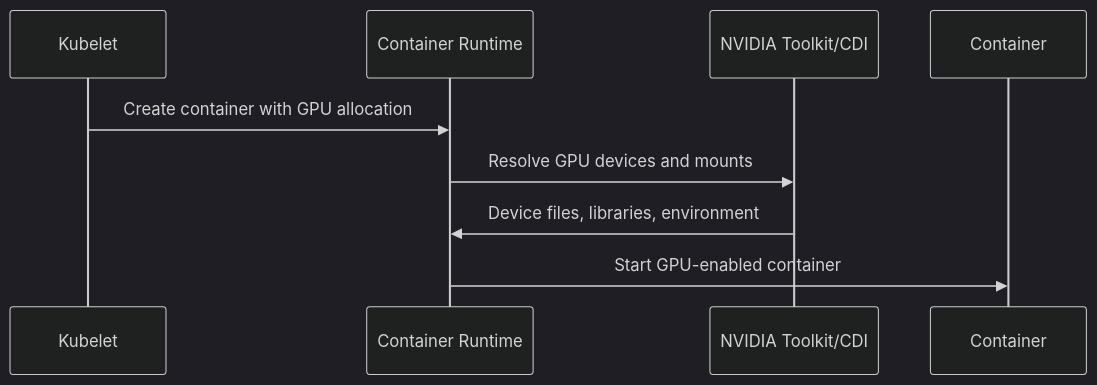
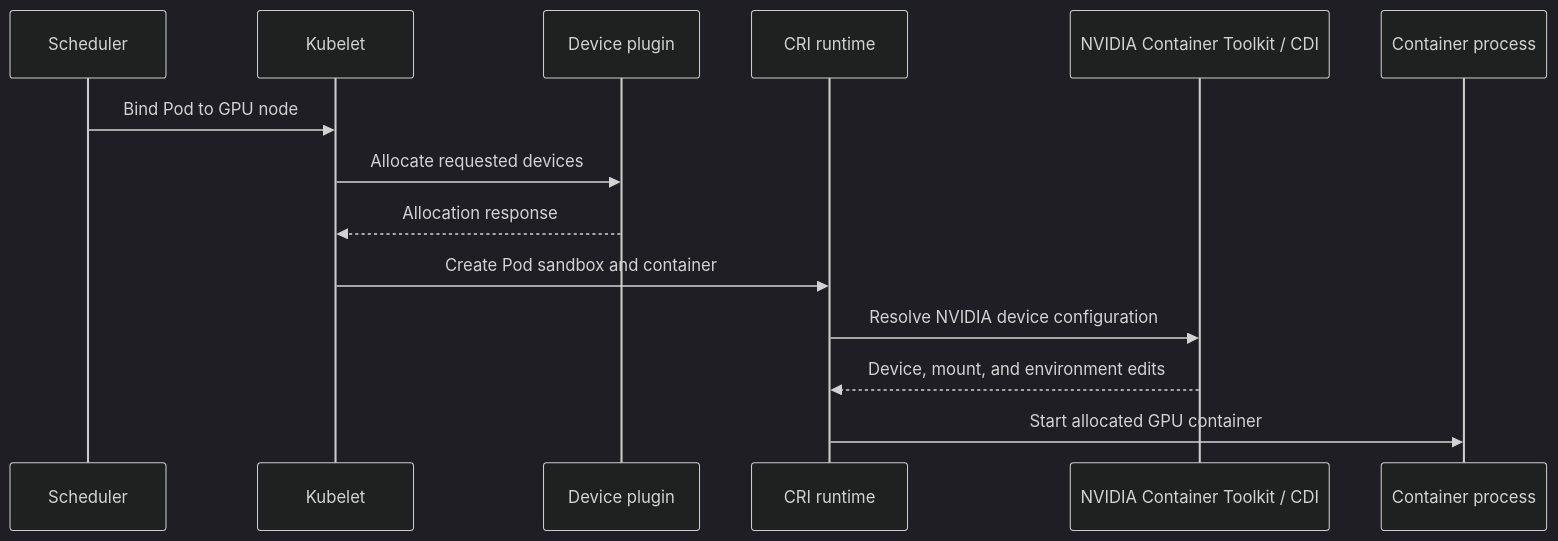
The diagram in docs/nvidia-zero-to-hero/volume-10/chapter-03-container-toolkit-runtimeclass-and-cdi.md (jithinpnjm/nvidia-devops), drawn with Mermaid (dark theme) before and after one commit. The commit also changed other lines of this file and 4 other files, not shown here.

````diff
--- a/docs/nvidia-zero-to-hero/volume-10/chapter-03-container-toolkit-runtimeclass-and-cdi.md
+++ b/docs/nvidia-zero-to-hero/volume-10/chapter-03-container-toolkit-runtimeclass-and-cdi.md
@@ -18,11 +26,16 @@
 ```mermaid
 sequenceDiagram
+    participant S as Scheduler
     participant K as Kubelet
-    participant CRI as Container Runtime
-    participant NCT as NVIDIA Toolkit/CDI
-    participant C as Container
-    K->>CRI: Create container with GPU allocation
-    CRI->>NCT: Resolve GPU devices and mounts
-    NCT->>CRI: Device files, libraries, environment
-    CRI->>C: Start GPU-enabled container
+    participant DP as Device plugin
+    participant CRI as CRI runtime
+    participant NCT as NVIDIA Container Toolkit / CDI
+    participant C as Container process
+    S->>K: Bind Pod to GPU node
+    K->>DP: Allocate requested devices
+    DP-->>K: Allocation response
+    K->>CRI: Create Pod sandbox and container
+    CRI->>NCT: Resolve NVIDIA device configuration
+    NCT-->>CRI: Device, mount, and environment edits
+    CRI->>C: Start allocated GPU container
 ```
````
